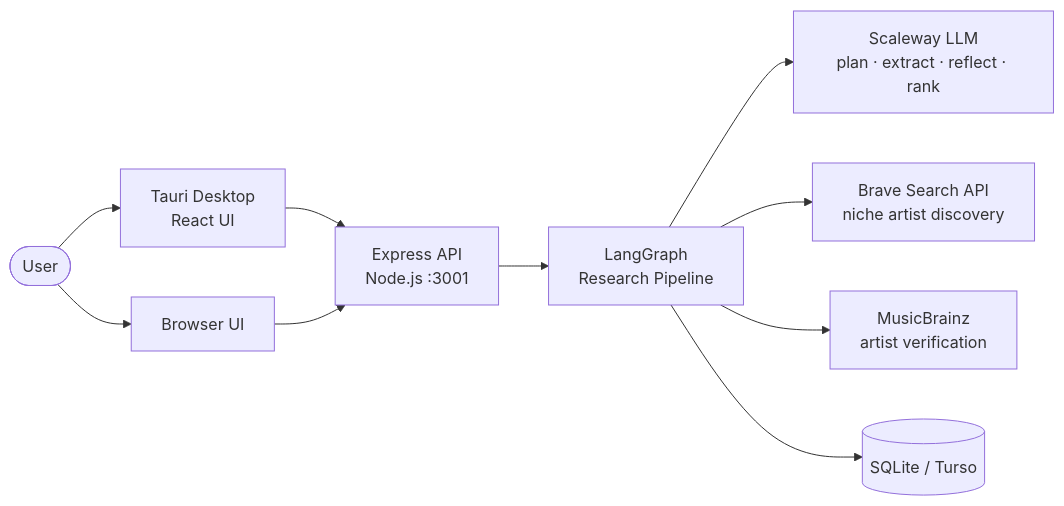
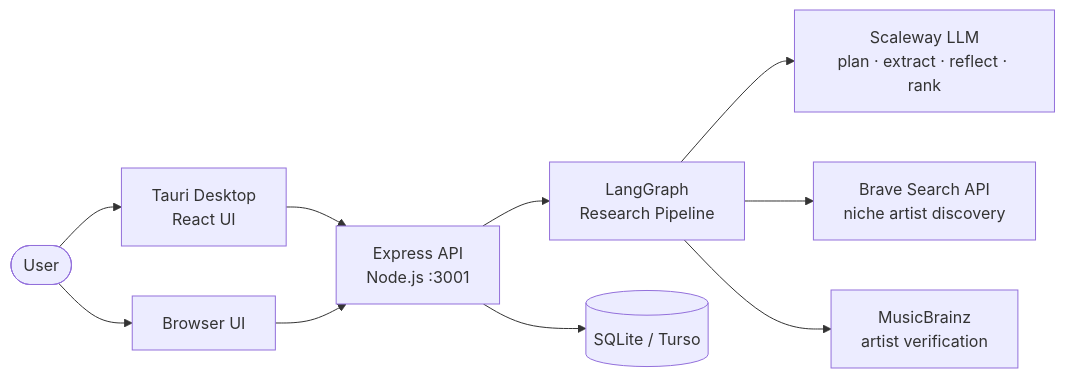
One commit to eikrad/bandsearch-app changed the first of 6 diagrams in docs/architecture/ARCHITECTURE.md. Above: the diagram before and after it, drawn with Mermaid. The commit also changed other lines of this file and 7 other files, not shown here.

````diff
--- a/docs/architecture/ARCHITECTURE.md
+++ b/docs/architecture/ARCHITECTURE.md
@@ -11,12 +11,12 @@
 ```mermaid
 graph LR
     USER([User]) --> DESK[Tauri Desktop\nReact UI]
     USER --> BROWSER[Browser UI]
     DESK --> API[Express API\nNode.js :3001]
     BROWSER --> API
     API --> GRAPH[LangGraph\nResearch Pipeline]
     GRAPH --> LLM[Scaleway LLM\nplan · extract · reflect · rank]
     GRAPH --> BRAVE[Brave Search API\nniche artist discovery]
     GRAPH --> MB[MusicBrainz\nartist verification]
-    GRAPH --> DB[(SQLite / Turso)]
+    API --> DB[(SQLite / Turso)]
 ```
````
